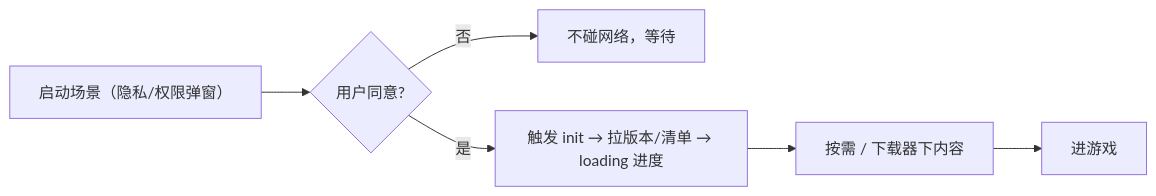
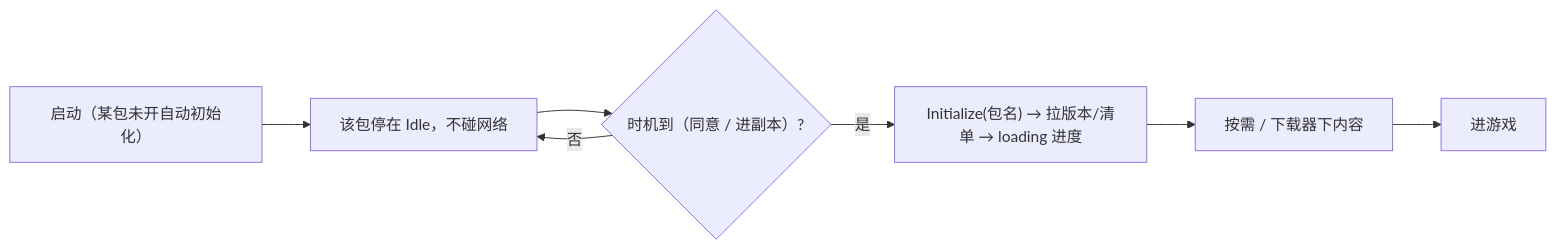
Before and after one commit to heroliss/SSFramework: the fifth of 5 diagrams in docs/asset-system-flow.md, drawn with Mermaid. The commit also changed other lines of this file and 19 other files, not shown here.

````diff
--- a/docs/asset-system-flow.md
+++ b/docs/asset-system-flow.md
@@ -149,8 +153,9 @@
 ```mermaid
 flowchart LR
-    L["启动场景（隐私/权限弹窗）"] --> Y{用户同意?}
-    Y -->|否| Wait["不碰网络，等待"]
-    Y -->|是| Init["触发 init → 拉版本/清单 → loading 进度"]
+    L["启动（某包未开自动初始化）"] --> W["该包停在 Idle，不碰网络"]
+    W --> Y{时机到（同意 / 进副本）?}
+    Y -->|否| W
+    Y -->|是| Init["Initialize(包名) → 拉版本/清单 → loading 进度"]
     Init --> DL["按需 / 下载器下内容"]
     DL --> Game["进游戏"]
 ```
````
